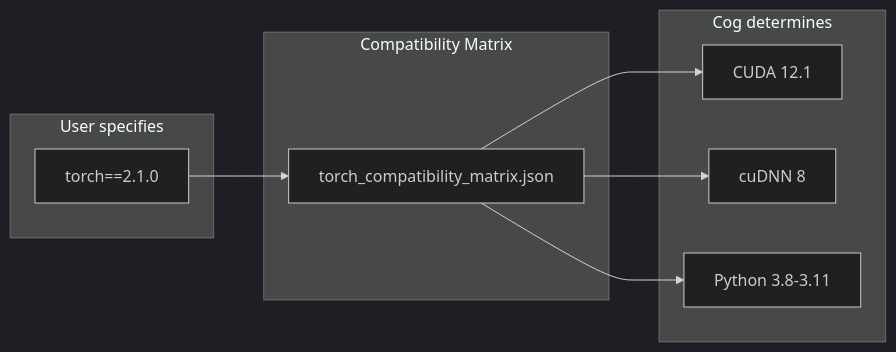
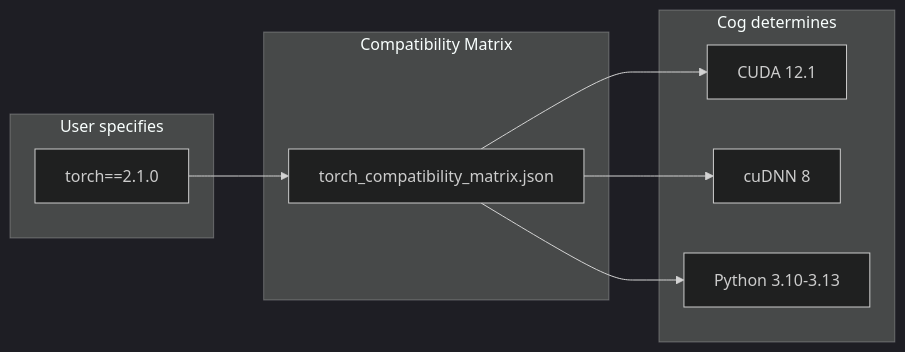
The second of 3 diagrams in architecture/05-build-system.md (rdhanarot/cog), drawn with Mermaid (dark theme) before and after one commit. The commit also changed other lines of this file and 42 other files, not shown here.

````diff
--- a/architecture/05-build-system.md
+++ b/architecture/05-build-system.md
@@ -111,21 +111,21 @@
 ```mermaid
 flowchart LR
     subgraph input["User specifies"]
         torch["torch==2.1.0"]
     end
     
     subgraph matrix["Compatibility Matrix"]
         lookup["torch_compatibility_matrix.json"]
     end
     
     subgraph output["Cog determines"]
         cuda["CUDA 12.1"]
         cudnn["cuDNN 8"]
-        python["Python 3.8-3.11"]
+        python["Python 3.10-3.13"]
     end
     
     torch --> lookup
     lookup --> cuda
     lookup --> cudnn
     lookup --> python
 ```
````
